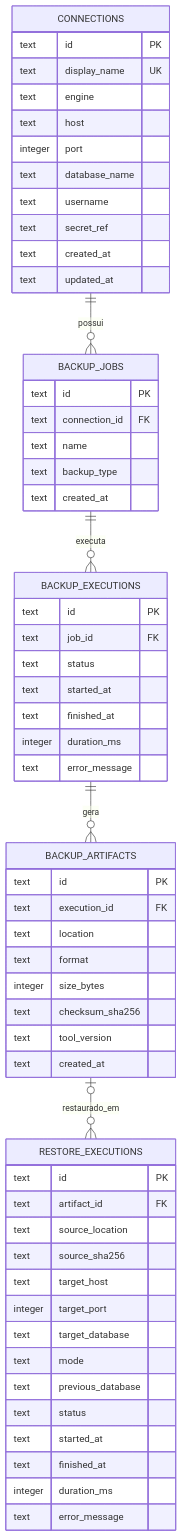
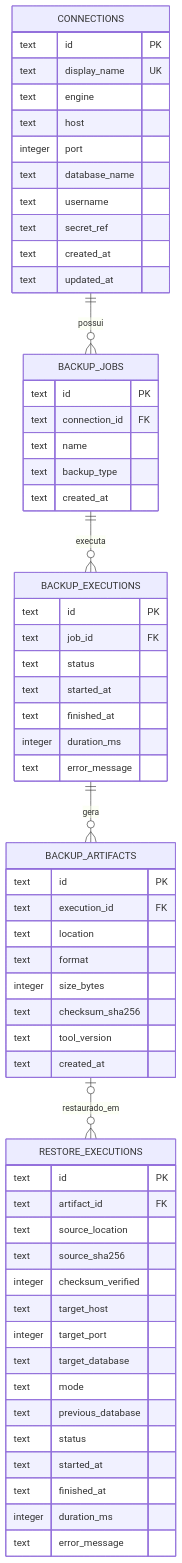
The diagram in docs/diagramas/modelo-de-dados.md (aqu1no1/database-backup-utility), drawn with Mermaid before and after one commit. The commit also changed other lines of this file and 8 other files, not shown here.

````diff
--- a/docs/diagramas/modelo-de-dados.md
+++ b/docs/diagramas/modelo-de-dados.md
@@ -6,61 +6,62 @@
 ```mermaid
 erDiagram
     CONNECTIONS ||--o{ BACKUP_JOBS : possui
     BACKUP_JOBS ||--o{ BACKUP_EXECUTIONS : executa
     BACKUP_EXECUTIONS ||--o{ BACKUP_ARTIFACTS : gera
     BACKUP_ARTIFACTS |o--o{ RESTORE_EXECUTIONS : restaurado_em
     CONNECTIONS {
         text id PK
         text display_name UK
         text engine
         text host
         integer port
         text database_name
         text username
         text secret_ref
         text created_at
         text updated_at
     }
     BACKUP_JOBS {
         text id PK
         text connection_id FK
         text name
         text backup_type
         text created_at
     }
     BACKUP_EXECUTIONS {
         text id PK
         text job_id FK
         text status
         text started_at
         text finished_at
         integer duration_ms
         text error_message
     }
     BACKUP_ARTIFACTS {
         text id PK
         text execution_id FK
         text location
         text format
         integer size_bytes
         text checksum_sha256
         text tool_version
         text created_at
     }
     RESTORE_EXECUTIONS {
         text id PK
         text artifact_id FK
         text source_location
         text source_sha256
+        integer checksum_verified
         text target_host
         integer target_port
         text target_database
         text mode
         text previous_database
         text status
         text started_at
         text finished_at
         integer duration_ms
         text error_message
     }
 ```
````
